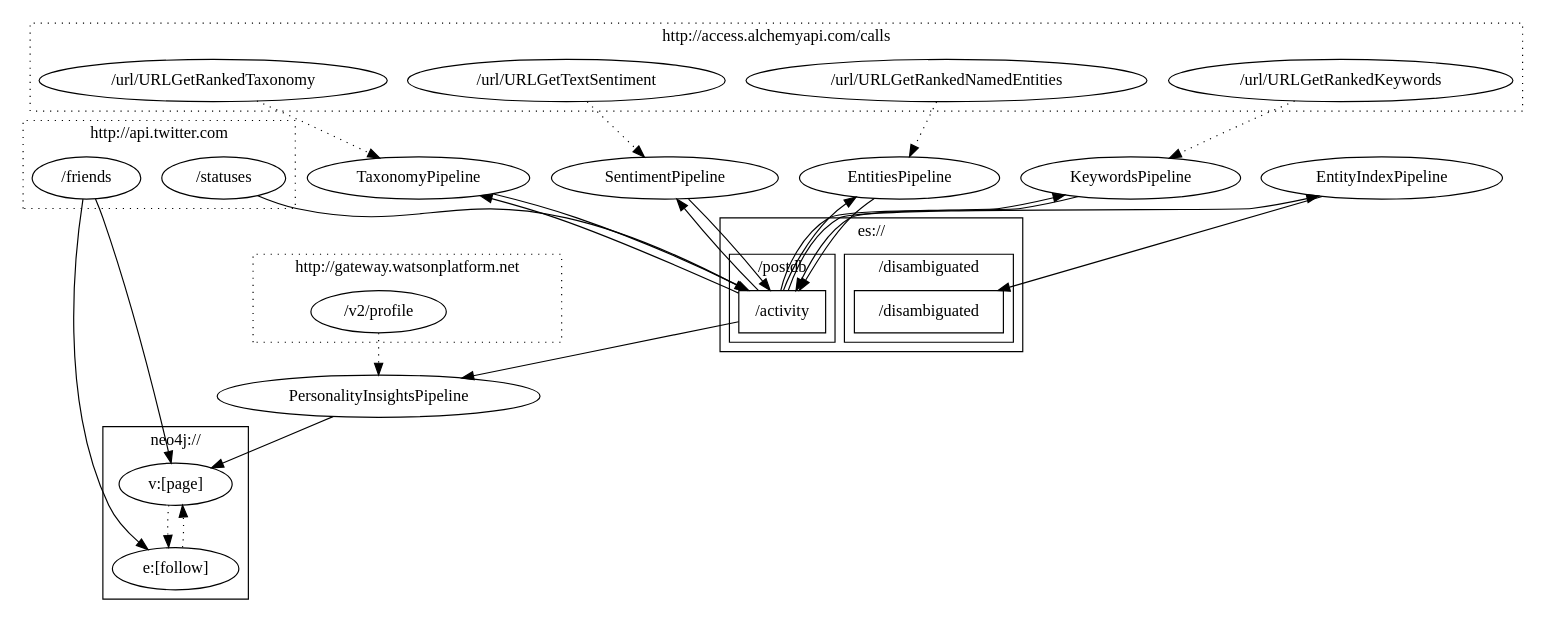
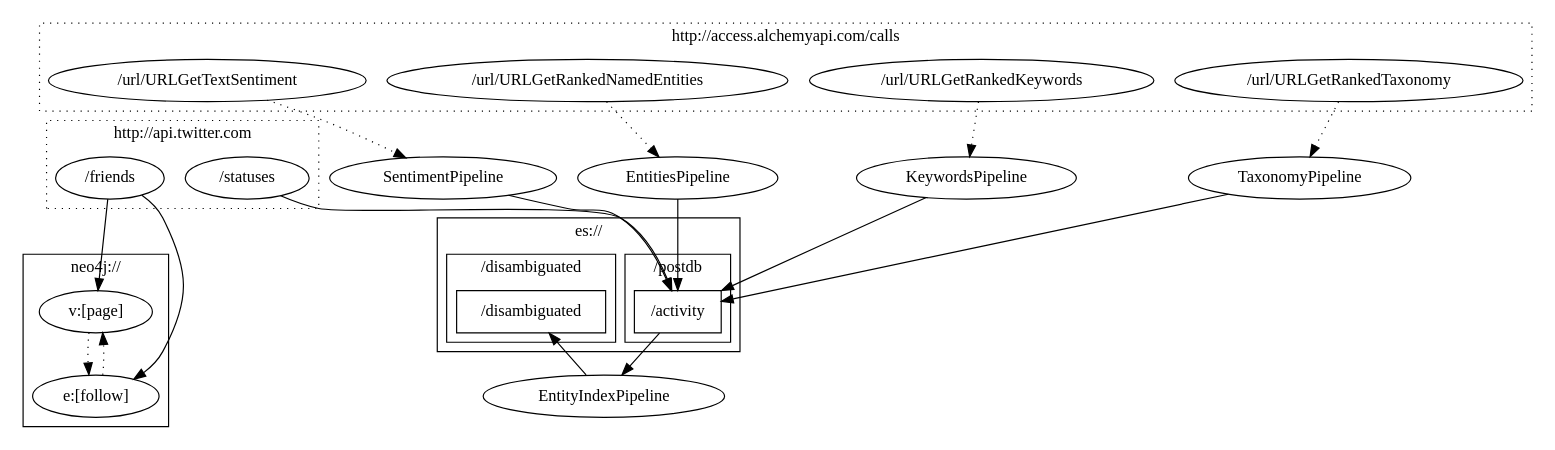
One commit to peoplepattern/streams-ibm changed the diagram in src/main/resources/ibm-0.1.dot. Above: the diagram before and after it, drawn with Graphviz. The commit also changed 1 other file, not shown here.

Commit message:
updated diagram

```diff
--- a/src/main/resources/ibm-0.1.dot
+++ b/src/main/resources/ibm-0.1.dot
@@ -1,94 +1,78 @@
 digraph g {
 
   graph [compound = true];
 
   //presentation
   splines = true;
   overlap = false;
   rankdir = TB;
   
   //sources
   subgraph cluster_twitter {
 
 	  label = "http://api.twitter.com";
       graph[style=dotted];
 
 	  twitterfriends [label="/friends"];
       twitterstatuses [label="/statuses"];
-  }
-
-  subgraph cluster_watson {
-
-  	  label = "http://gateway.watsonplatform.net";
-      graph[style=dotted];
-
-  	  personalityinsights [label="/v2/profile"];
   }
 
   subgraph cluster_alchemy {
 
   	  label = "http://access.alchemyapi.com/calls";
       graph[style=dotted];
 
       sentiment [label="/url/URLGetTextSentiment"];
       entities [label="/url/URLGetRankedNamedEntities"];
       keywords [label="/url/URLGetRankedKeywords"];
       taxonomy [label="/url/URLGetRankedTaxonomy"];
   }
 
   subgraph cluster_elastic {
 
 	  label = "es://";
       graph[style=solid];
       node [shape=box];
 
 	  subgraph cluster_espostdb {
 	    label = "/postdb";
 	    esposts [label="/activity"];
 	  }
 
 	  subgraph cluster_esdisambiguated {
         label = "/disambiguated";
         esdisambiguated [label="/disambiguated"];
       }
   }
 
   subgraph cluster_neo {
 
   	  label = "neo4j://";
       graph[style=solid];
 
   	  neopages [label="v:[page]"];
       neofollows [label="e:[follow]"];
 
       neopages -> neofollows [style=dotted];
       neofollows -> neopages [style=dotted];
   }
 
-  esposts -> PersonalityInsightsPipeline;
-  personalityinsights -> PersonalityInsightsPipeline [style=dotted];
-  PersonalityInsightsPipeline -> neopages;
-
-  esposts -> EntitiesPipeline;
   entities -> EntitiesPipeline [style=dotted];
   EntitiesPipeline -> esposts;
 
-  esposts -> KeywordsPipeline;
   keywords -> KeywordsPipeline [style=dotted];
   KeywordsPipeline -> esposts;
 
-  esposts -> TaxonomyPipeline;
   taxonomy -> TaxonomyPipeline [style=dotted];
   TaxonomyPipeline -> esposts;
 
-  esposts -> SentimentPipeline;
   sentiment -> SentimentPipeline [style=dotted];
   SentimentPipeline -> esposts;
 
   esposts -> EntityIndexPipeline;
   EntityIndexPipeline -> esdisambiguated;
 
   twitterfriends -> neofollows;
   twitterfriends -> neopages;
   twitterstatuses -> esposts;
 }
```
